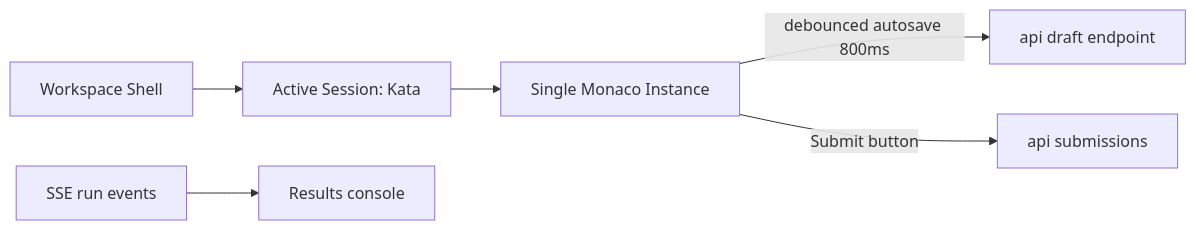
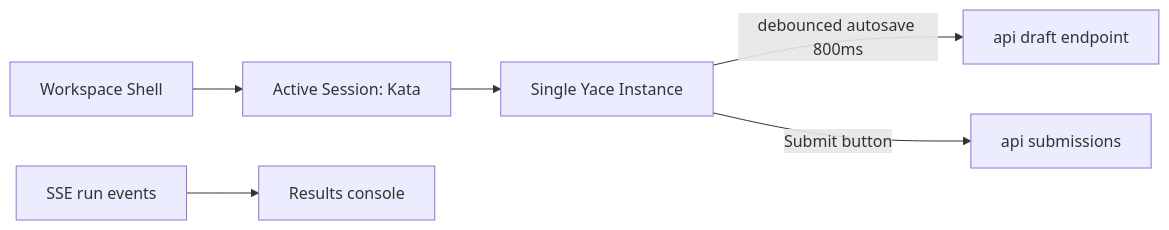
The diagram in docs/07-frontend.md (Nelsoon-ds/CodePalace), drawn with Mermaid before and after one commit. The commit also changed other lines of this file and 38 other files, not shown here.

````diff
--- a/docs/07-frontend.md
+++ b/docs/07-frontend.md
@@ -39,8 +28,8 @@
 ```mermaid
 flowchart LR
     WS[Workspace Shell] --> S1[Active Session: Kata]
-    S1 --> E[Single Monaco Instance]
+    S1 --> E[Single Yace Instance]
     E -->|debounced autosave 800ms| API[api draft endpoint]
     E -->|Submit button| API2[api submissions]
     SSO[SSE run events] --> CONSOLE[Results console]
 ```
````
